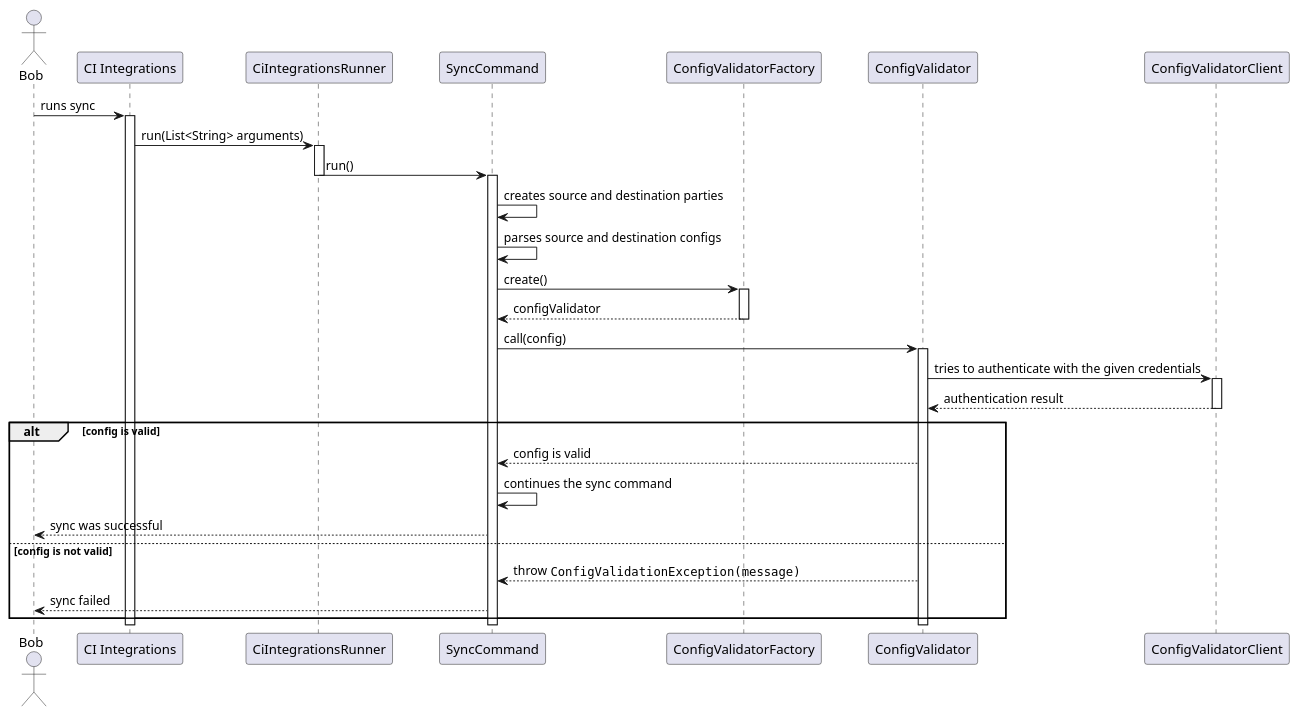
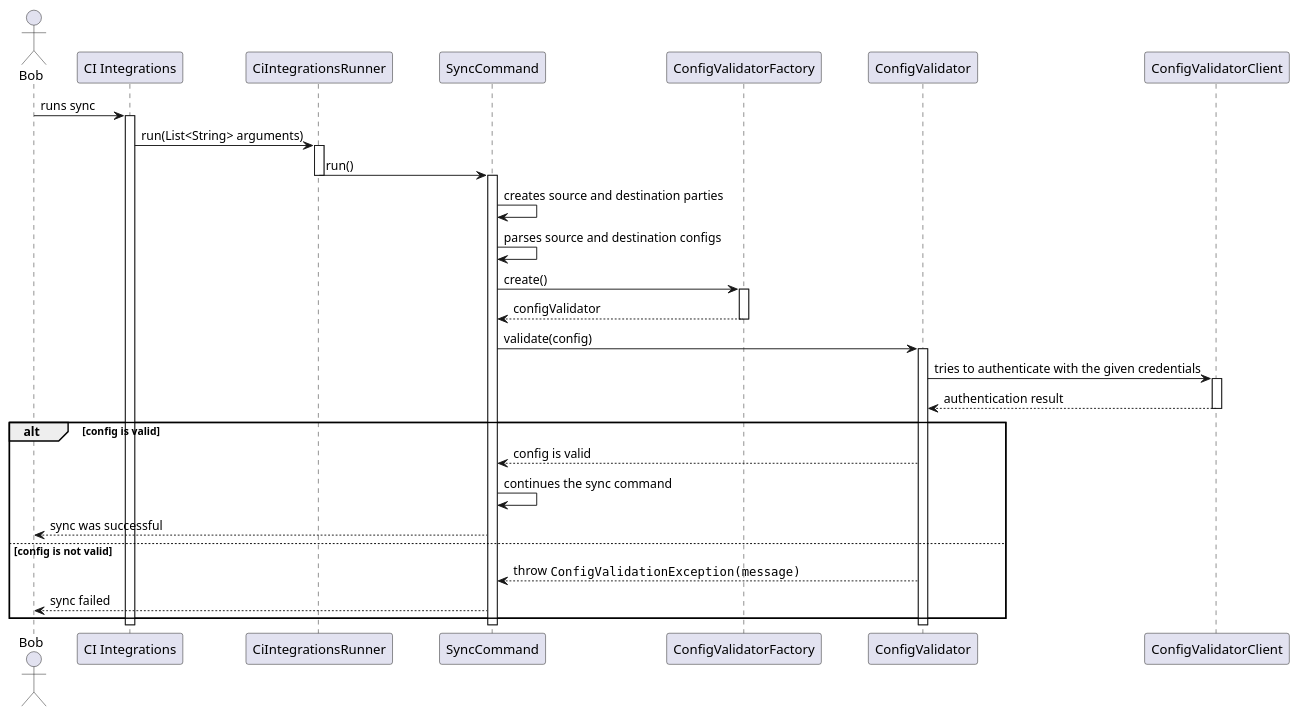
The diagram in metrics/ci_integrations/docs/diagrams/ci_integrations_config_validator_sequence_diagram.puml (Flank/flank-dashboard), drawn with PlantUML before and after one commit. The commit also changed 2 other files, not shown here.

Commit message:
Add package structure, update diagrams

```diff
--- a/metrics/ci_integrations/docs/diagrams/ci_integrations_config_validator_sequence_diagram.puml
+++ b/metrics/ci_integrations/docs/diagrams/ci_integrations_config_validator_sequence_diagram.puml
@@ -1,61 +1,61 @@
 @startuml ci_integrations_config_validator_sequence_diagram
 
 skinparam ParticipantPadding 20
 skinparam BoxPadding 10
 
 actor Bob
 
 participant "CI Integrations"
 participant CiIntegrationsRunner
 participant SyncCommand
 participant ConfigValidatorFactory
 participant ConfigValidator
 participant ConfigValidatorClient
 
 Bob -> "CI Integrations" : runs sync
 activate "CI Integrations"
 
 "CI Integrations" -> CiIntegrationsRunner: run(List<String> arguments)
 activate CiIntegrationsRunner
 
 CiIntegrationsRunner -> SyncCommand: run()
 deactivate CiIntegrationsRunner
 activate SyncCommand
 
 SyncCommand -> SyncCommand : creates source and destination parties
 SyncCommand -> SyncCommand : parses source and destination configs
 
 SyncCommand -> ConfigValidatorFactory : create()
 activate ConfigValidatorFactory
 
 ConfigValidatorFactory --> SyncCommand : configValidator
 deactivate ConfigValidatorFactory
 
-SyncCommand -> ConfigValidator : call(config)
+SyncCommand -> ConfigValidator : validate(config)
 activate ConfigValidator
 
 ConfigValidator -> ConfigValidatorClient : tries to authenticate with the given credentials
 activate ConfigValidatorClient
 
 ConfigValidatorClient --> ConfigValidator : authentication result
 deactivate ConfigValidatorClient
 
 alt config is valid
 
     ConfigValidator --> SyncCommand : config is valid
     SyncCommand -> SyncCommand : continues the sync command
     SyncCommand --> Bob : sync was successful
 
 else config is not valid
 
     ConfigValidator --> SyncCommand : throw ""ConfigValidationException(message)""
     SyncCommand --> Bob : sync failed
 
 end
 
 deactivate ConfigValidator
 
 deactivate "CI Integrations"
 deactivate SyncCommand
 
 @enduml
```
